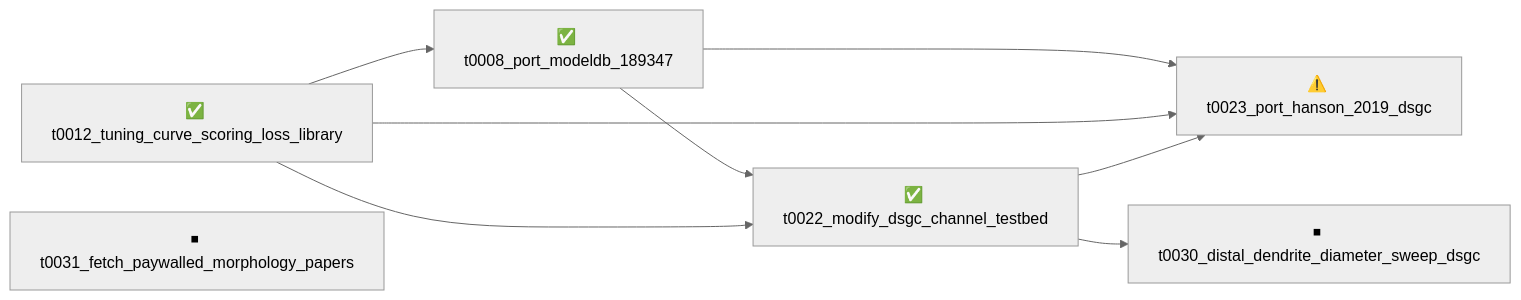
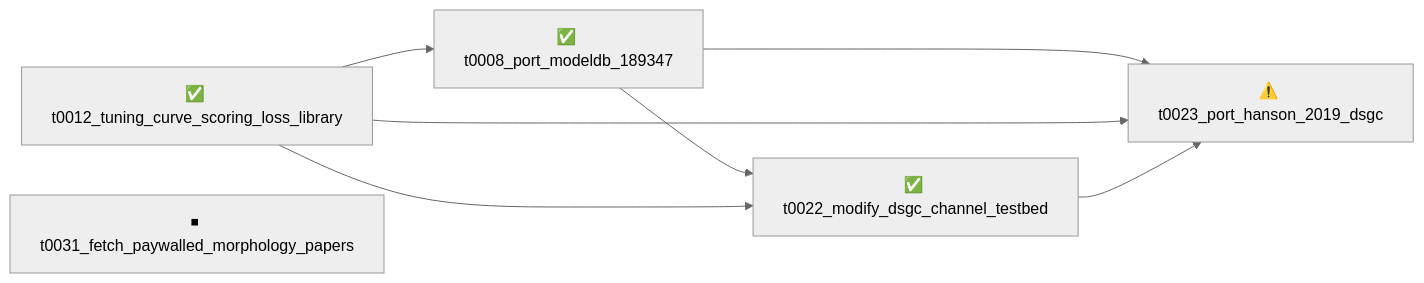
Before and after one commit to tonza17/neuron-channels: the diagram in overview/tasks/README.md, drawn with Mermaid (neutral theme). The commit also changed other lines of this file and 42 other files, not shown here.

````diff
--- a/overview/tasks/README.md
+++ b/overview/tasks/README.md
@@ -13,17 +13,15 @@
 ```mermaid
 graph LR
     t0008_port_modeldb_189347["✅ t0008_port_modeldb_189347"]
     t0012_tuning_curve_scoring_loss_library["✅ t0012_tuning_curve_scoring_loss_library"]
     t0022_modify_dsgc_channel_testbed["✅ t0022_modify_dsgc_channel_testbed"]
     t0023_port_hanson_2019_dsgc["⚠️ t0023_port_hanson_2019_dsgc"]
-    t0030_distal_dendrite_diameter_sweep_dsgc["⏹ t0030_distal_dendrite_diameter_sweep_dsgc"]
     t0031_fetch_paywalled_morphology_papers["⏹ t0031_fetch_paywalled_morphology_papers"]
 
     t0012_tuning_curve_scoring_loss_library --> t0008_port_modeldb_189347
     t0008_port_modeldb_189347 --> t0022_modify_dsgc_channel_testbed
     t0012_tuning_curve_scoring_loss_library --> t0022_modify_dsgc_channel_testbed
     t0008_port_modeldb_189347 --> t0023_port_hanson_2019_dsgc
     t0012_tuning_curve_scoring_loss_library --> t0023_port_hanson_2019_dsgc
     t0022_modify_dsgc_channel_testbed --> t0023_port_hanson_2019_dsgc
-    t0022_modify_dsgc_channel_testbed --> t0030_distal_dendrite_diameter_sweep_dsgc
 ```
````
